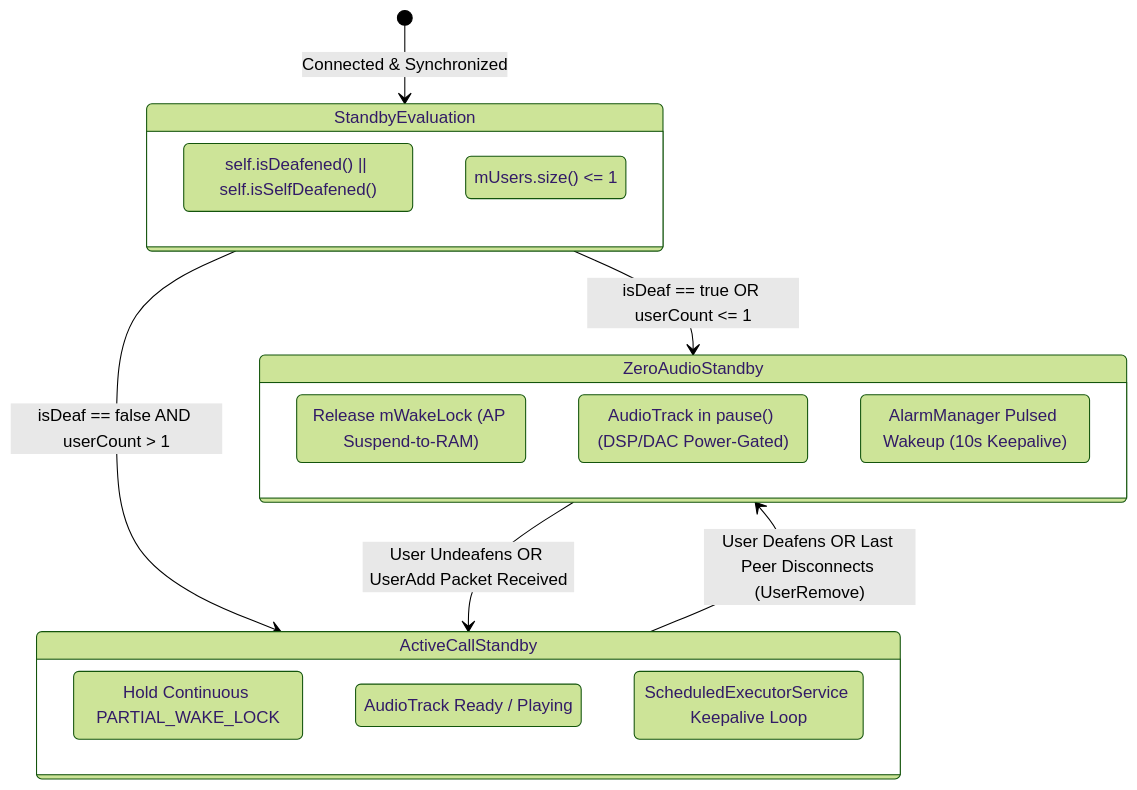
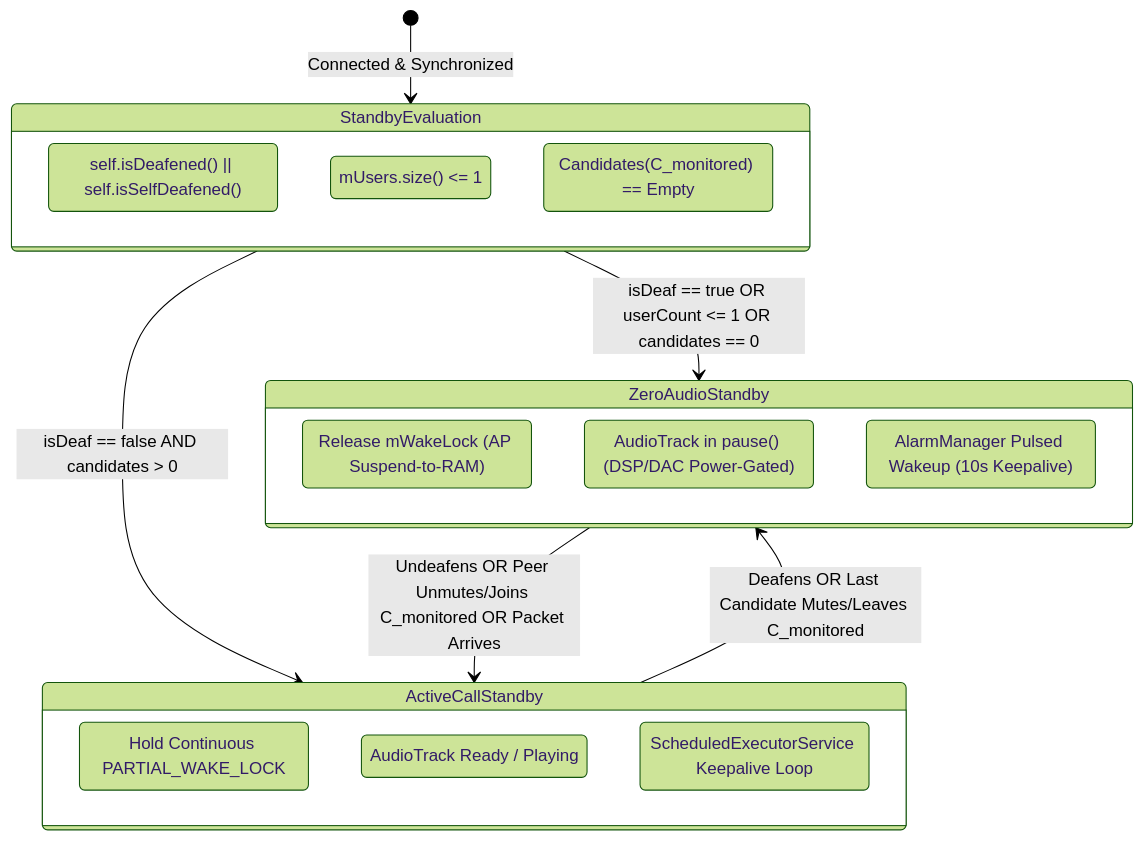
One commit to 360ied/mumla-oled changed the diagram in docs/power-draw-optimizations/wakelock-remediation-lite.md. Above: the diagram before and after it, drawn with Mermaid (forest theme). The commit also changed other lines of this file, not shown here.

````diff
--- a/docs/power-draw-optimizations/wakelock-remediation-lite.md
+++ b/docs/power-draw-optimizations/wakelock-remediation-lite.md
@@ -114,27 +161,28 @@
 ```mermaid
 stateDiagram-v2
     [*] --> StandbyEvaluation: Connected & Synchronized
 
     state StandbyEvaluation {
         CheckDeaf: self.isDeafened() || self.isSelfDeafened()
         CheckCount: mUsers.size() <= 1
+        CheckQuiet: Candidates(C_monitored) == Empty
     }
 
-    StandbyEvaluation --> ZeroAudioStandby: isDeaf == true OR userCount <= 1
-    StandbyEvaluation --> ActiveCallStandby: isDeaf == false AND userCount > 1
+    StandbyEvaluation --> ZeroAudioStandby: isDeaf == true OR userCount <= 1 OR candidates == 0
+    StandbyEvaluation --> ActiveCallStandby: isDeaf == false AND candidates > 0
 
     state ZeroAudioStandby {
         ReleaseWakelock: Release mWakeLock (AP Suspend-to-RAM)
         AudioTrackPaused: AudioTrack in pause() (DSP/DAC Power-Gated)
         ScheduleAlarm: AlarmManager Pulsed Wakeup (10s Keepalive)
     }
 
     state ActiveCallStandby {
         HoldWakelock: Hold Continuous PARTIAL_WAKE_LOCK
         ReadyAudio: AudioTrack Ready / Playing
         InternalPacing: ScheduledExecutorService Keepalive Loop
     }
 
-    ZeroAudioStandby --> ActiveCallStandby: User Undeafens OR UserAdd Packet Received
-    ActiveCallStandby --> ZeroAudioStandby: User Deafens OR Last Peer Disconnects (UserRemove)
+    ZeroAudioStandby --> ActiveCallStandby: Undeafens OR Peer Unmutes/Joins C_monitored OR Packet Arrives
+    ActiveCallStandby --> ZeroAudioStandby: Deafens OR Last Candidate Mutes/Leaves C_monitored
 ```
````
